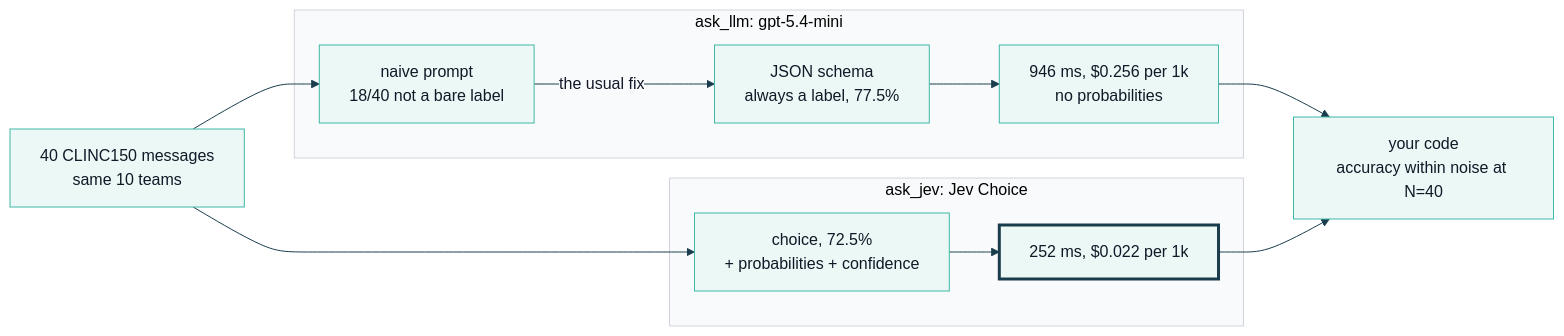
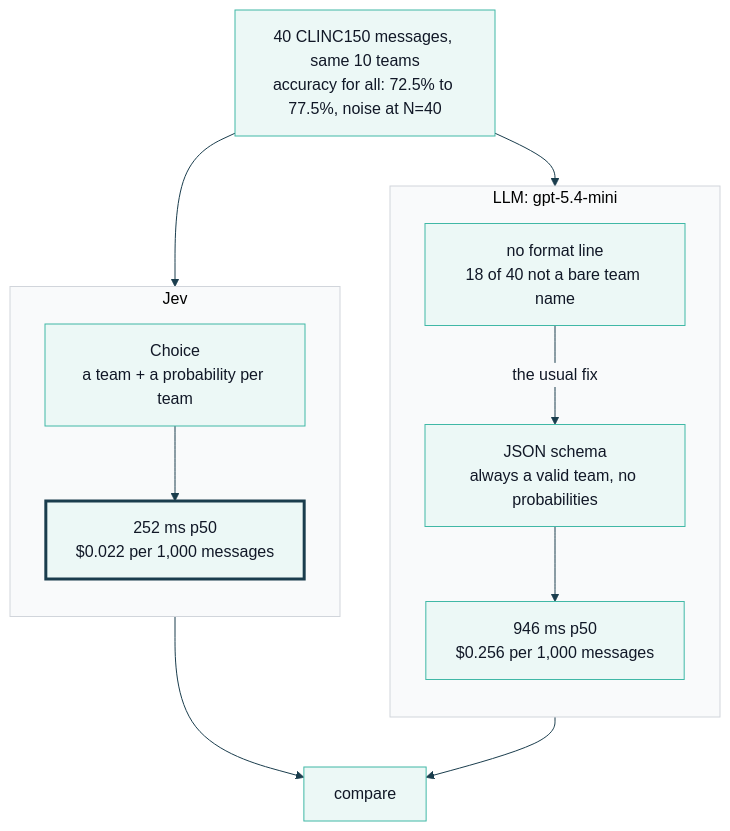
Before and after one commit to axel-sirota/getting_started_jev: the diagram in course/diagrams/module_01/llm-vs-jev.mmd, drawn with Mermaid. The commit also changed 38 other files, not shown here.

Commit message:
Module 1: notebooks, diagrams and deck

```diff
--- a/course/diagrams/module_01/llm-vs-jev.mmd
+++ b/course/diagrams/module_01/llm-vs-jev.mmd
@@ -1,19 +1,21 @@
 %%{init: {"theme": "base", "themeVariables": {"fontFamily": "Inter, sans-serif", "primaryColor": "#ECF8F6", "primaryBorderColor": "#40B8A6", "primaryTextColor": "#111827", "lineColor": "#1A3D4D", "secondaryColor": "#F9FAFB", "tertiaryColor": "#FFFFFF", "clusterBkg": "#F9FAFB", "clusterBorder": "#D1D5DB", "actorBkg": "#ECF8F6", "actorBorder": "#40B8A6", "noteBkgColor": "#FFF6DA", "noteBorderColor": "#E0B84C"}}}%%
-flowchart LR
-  Q["40 CLINC150 messages<br/>same 10 teams"]
-  subgraph LLM["ask_llm: gpt-5.4-mini"]
-    N["naive prompt<br/>18/40 not a bare label"]
-    S["JSON schema<br/>always a label, 77.5%"]
-    SL["946 ms, $0.256 per 1k<br/>no probabilities"]
+flowchart TB
+  Q["40 CLINC150 messages, same 10 teams<br/>accuracy for all: 72.5% to 77.5%, noise at N=40"]
+  subgraph LLM["LLM: gpt-5.4-mini"]
+    direction TB
+    N["no format line<br/>18 of 40 not a bare team name"]
+    S["JSON schema<br/>always a valid team, no probabilities"]
+    SL["946 ms p50<br/>$0.256 per 1,000 messages"]
     N -- "the usual fix" --> S --> SL
   end
-  subgraph JEV["ask_jev: Jev Choice"]
-    A["choice, 72.5%<br/>+ probabilities + confidence"]
-    AL["252 ms, $0.022 per 1k"]
+  subgraph JEV["Jev"]
+    direction TB
+    A["Choice<br/>a team + a probability per team"]
+    AL["252 ms p50<br/>$0.022 per 1,000 messages"]
     A --> AL
   end
   Q --> N
   Q --> A
-  SL --> C["your code<br/>accuracy within noise at N=40"]
+  SL --> C["compare"]
   AL --> C
   style AL stroke:#1A3D4D,stroke-width:3px
```
